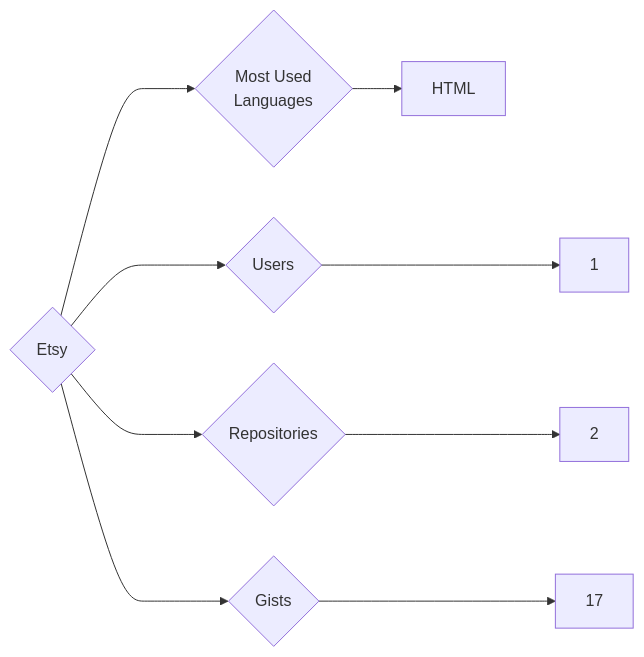
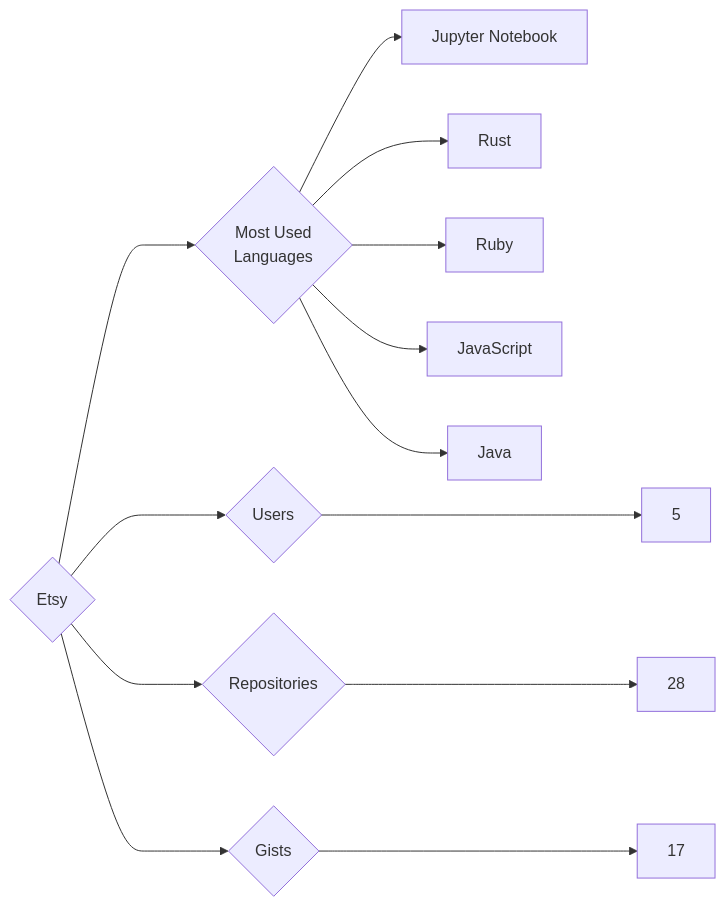
One commit to trickest/insiders changed the diagram in targets/Etsy/README.md. Above: the diagram before and after it, drawn with Mermaid. The commit also changed 1023 other files, not shown here.

````diff
--- a/targets/Etsy/README.md
+++ b/targets/Etsy/README.md
@@ -3,9 +3,13 @@
 ```mermaid
 graph LR
 COMPANY_NAME{Etsy}
-COMPANY_NAME ---> U{Users} ---> UN[1]
-COMPANY_NAME ---> R{Repositories} ---> RN[2]
+COMPANY_NAME ---> U{Users} ---> UN[5]
+COMPANY_NAME ---> R{Repositories} ---> RN[28]
 COMPANY_NAME ---> G{Gists} ---> GN[17]
 COMPANY_NAME ---> ML{Most Used<br>Languages}
-ML --> HTML[HTML]
+ML --> Jupyter_Notebook[Jupyter Notebook]
+ML --> Rust[Rust]
+ML --> Ruby[Ruby]
+ML --> JavaScript[JavaScript]
+ML --> Java[Java]
 ```
````
